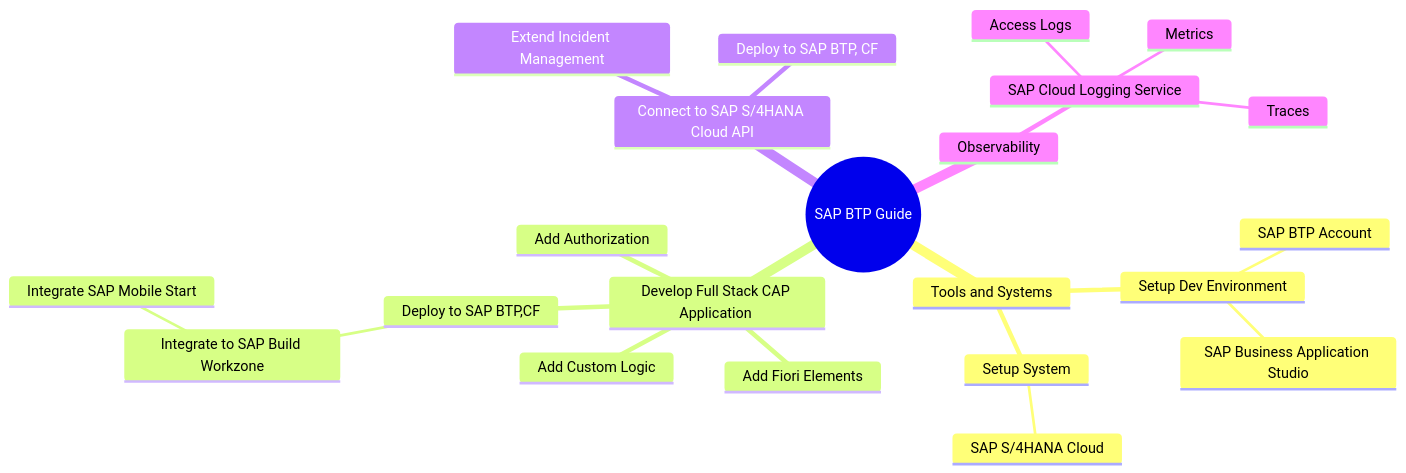
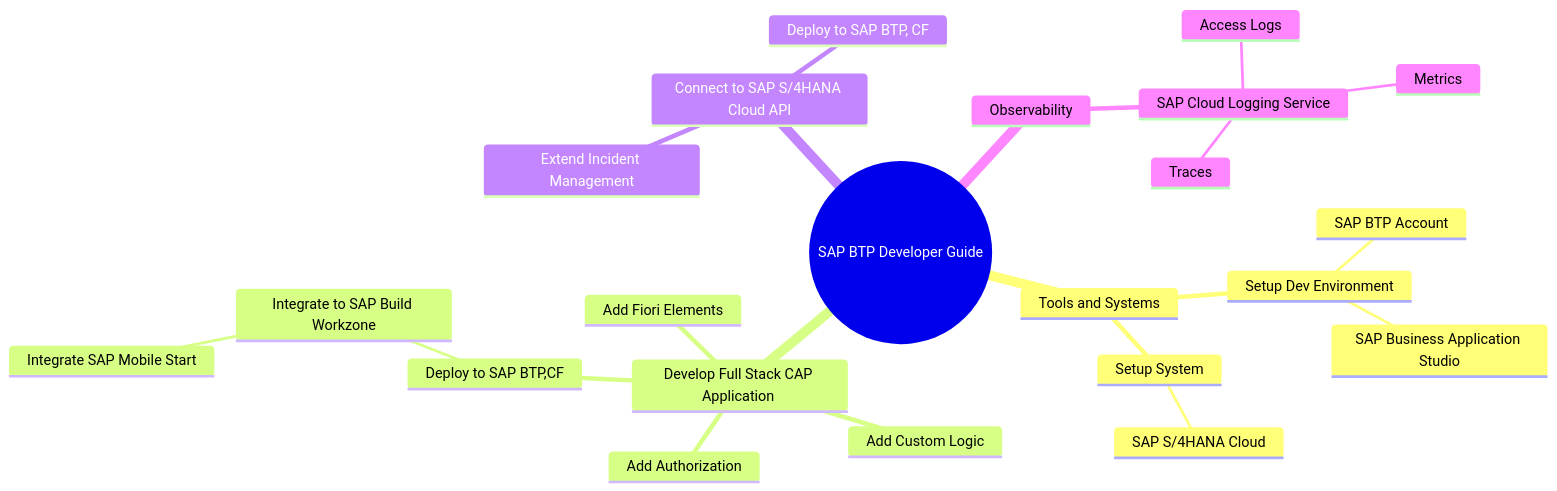
One commit to SAP-samples/btp-end-to-end-scenario-use-cases changed the first of 4 diagrams in topic3/README.md. Above: the diagram before and after it, drawn with Mermaid.

````diff
--- a/topic3/README.md
+++ b/topic3/README.md
@@ -9,25 +9,25 @@
 ```mermaid
    mindmap
-  root((SAP BTP Guide))
+  root((SAP BTP Developer Guide))
     Tools and Systems
       Setup Dev Environment
         SAP BTP Account
         SAP Business Application Studio
       Setup System   
         SAP S/4HANA Cloud
     Develop Full Stack CAP Application 
       Add Custom Logic
       Add Fiori Elements
       Add Authorization
       Deploy to SAP BTP,CF
         Integrate to SAP Build Workzone
           Integrate SAP Mobile Start
     Connect to SAP S/4HANA Cloud API
       Extend Incident Management
       Deploy to SAP BTP, CF
     Observability
       SAP Cloud Logging Service
         Access Logs
         Metrics
         Traces
 ```
````
